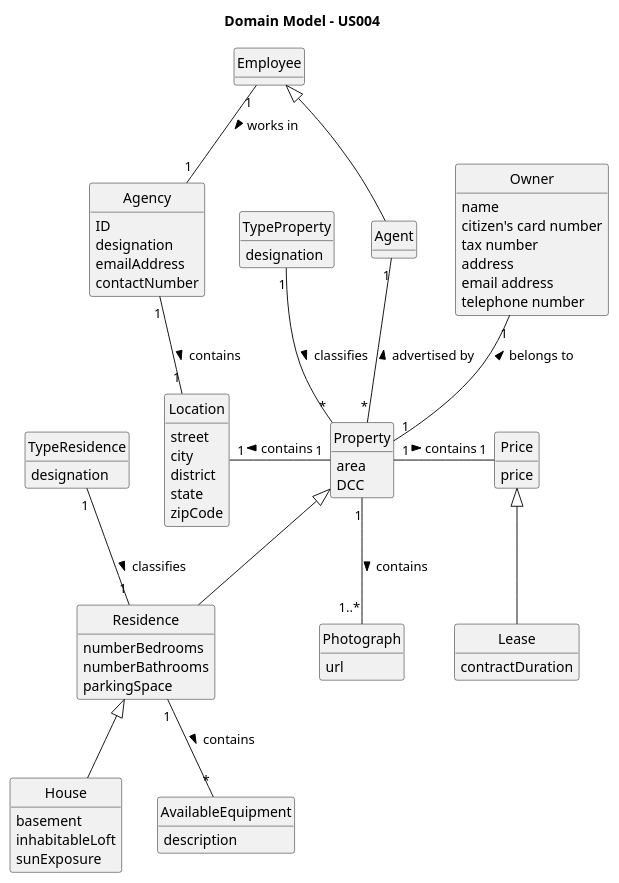
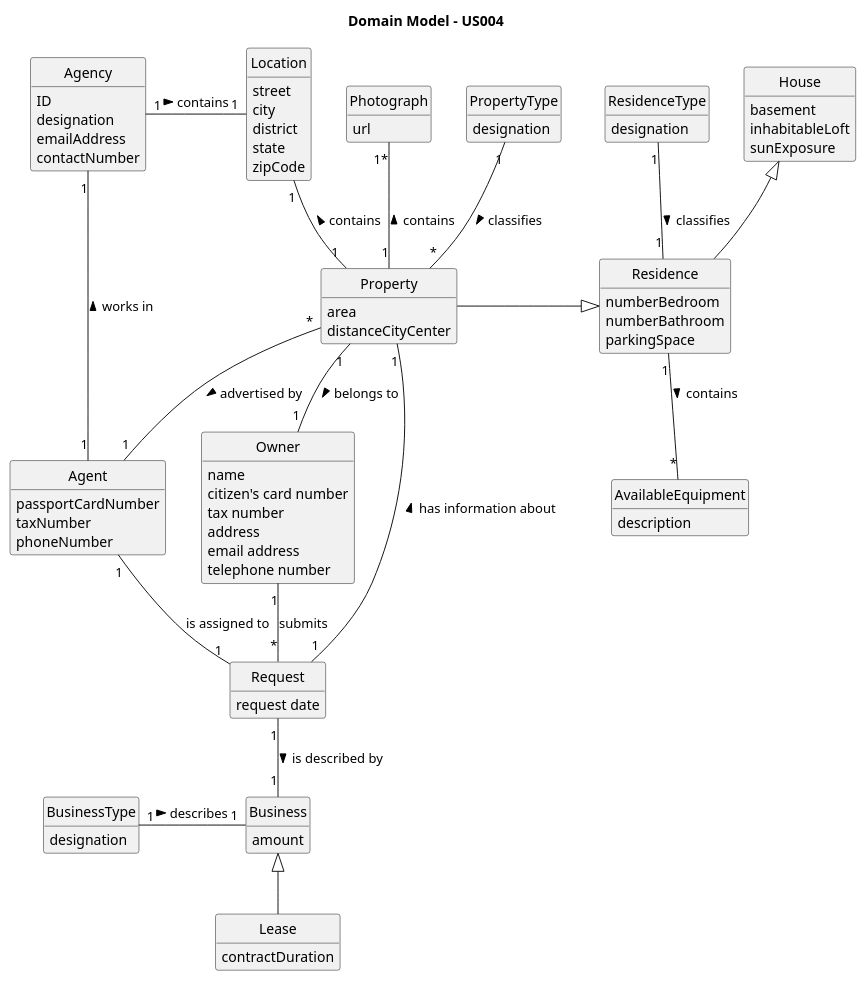
Before and after one commit to rita-barbosa/LAPR2-2223: the diagram in docs/sprintB/us004/02.analysis/puml/us004-domain-model.puml, drawn with PlantUML. The commit also changed 2 other files, not shown here.

```diff
--- a/docs/sprintB/us004/02.analysis/puml/us004-domain-model.puml
+++ b/docs/sprintB/us004/02.analysis/puml/us004-domain-model.puml
@@ -1,96 +1,114 @@
 @startuml
 skinparam monochrome true
 skinparam packageStyle rectangle
 skinparam shadowing false
 
 'left to right direction
 
 skinparam classAttributeIconSize 0
 
 hide circle
 hide methods
 
 title Domain Model - US004
 
 class Property {
     area
-    DCC
+    distanceCityCenter
 }
 
 class Photograph{
     url
 }
 
-class Lease extends Price{
+class Lease{
     contractDuration
 }
 
-class Price {
-    price
+class Business {
+    amount
 }
 
-class Residence extends Property{
-    numberBedrooms
-    numberBathrooms
+class BusinessType{
+    designation
+}
+
+class Residence{
+    numberBedroom
+    numberBathroom
     parkingSpace
 
 }
 
 class Location{
     street
     city
     district
     state
     zipCode
 }
 
-class TypeResidence{
+class ResidenceType{
     designation
 }
 
-class TypeProperty{
+class PropertyType{
     designation
 }
 
-class House extends Residence{
+class House{
     basement
     inhabitableLoft
     sunExposure
 }
 
 class AvailableEquipment{
     description
 }
 
-class Agent extends Employee{}
+class Agent{
+    passportCardNumber
+    taxNumber
+    phoneNumber
+}
 
 class Agency {
     ID
     designation
     emailAddress
     contactNumber
 }
-class Employee{}
 
 class Owner {
     name
     citizen's card number
     tax number
     address
     email address
     telephone number
 }
 
+class Request{
+    request date
+}
 
-Employee "1" -- "1" Agency: works in  >
-Agency "1" -- "1" Location : contains >
-TypeProperty "1" -- "*" Property : classifies >
-Price "1" -left- "1" Property : contains <
-Property "1" -up- "1" Owner : belongs to >
-Agent "1" -down- "*" Property : < advertised by
-Photograph "1..*" -up- "1" Property : contains <
-Location "1" -right- "1" Property : contains <
+
+Agent "1" -up- "1" Agency: works in  >
+Agency "1" - "1" Location : contains >
+PropertyType "1" -- "*" Property : classifies >
+Property "1" -- "1" Owner : belongs to >
+Agent "1" -up- "*" Property : < advertised by
+Photograph "1*" -- "1" Property : contains <
+Location "1" -- "1" Property : contains <
 Residence "1" -- "*" AvailableEquipment : contains >
-TypeResidence "1" -- "1" Residence: classifies >
+ResidenceType "1" -- "1" Residence: classifies >
+Request "1" - "1" Property : has information about >
+Request "1" -- "1" Business: is described by >
+BusinessType "1" - "1" Business : describes >
+Agent "1" -- "1" Request : is assigned to
+Business <|-- Lease
+Residence <|-left- Property
+House <|-- Residence
+Owner "1" -- "*" Request : submits
 
 @enduml
```
